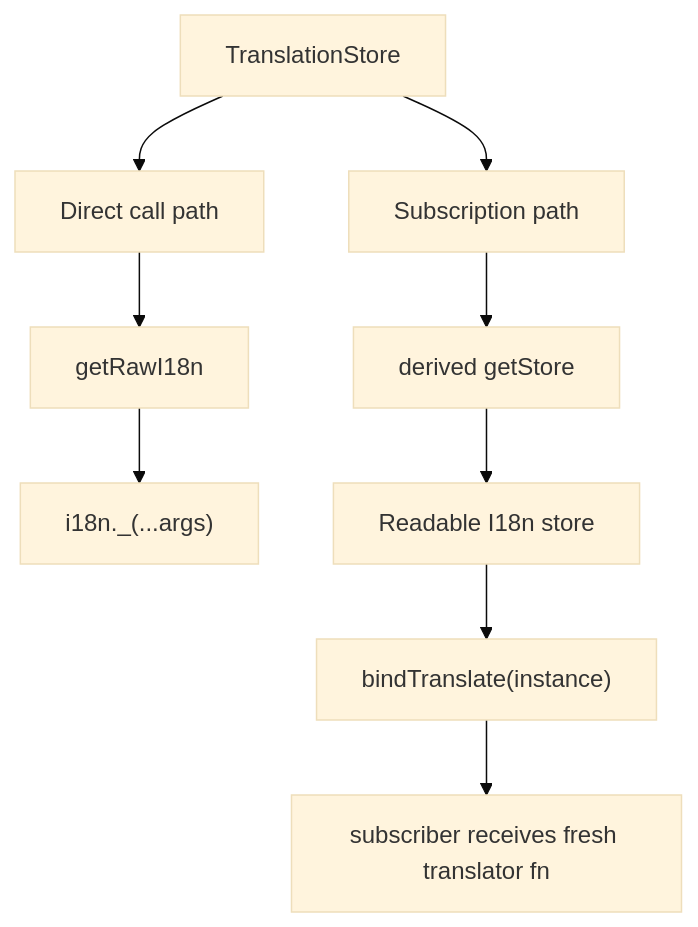
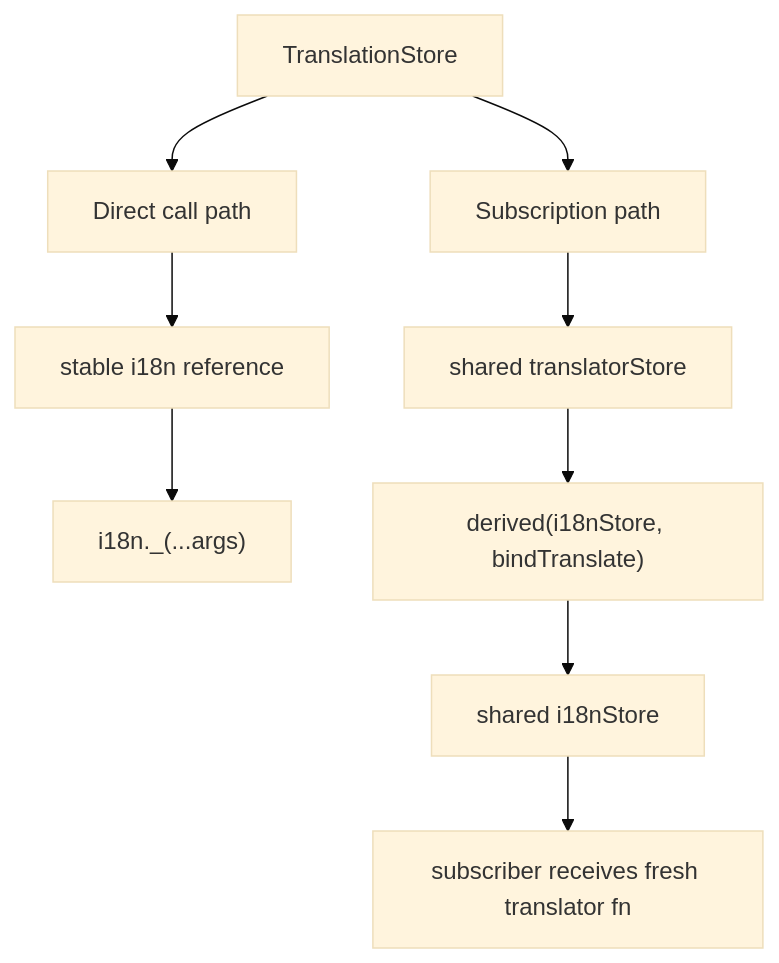
One commit to SegaraRai/lingui-for changed the second of 6 diagrams in packages/lingui-for-svelte/REACTIVITY.md. Above: the diagram before and after it, drawn with Mermaid (base theme). The commit also changed other lines of this file and 4 other files, not shown here.

````diff
--- a/packages/lingui-for-svelte/REACTIVITY.md
+++ b/packages/lingui-for-svelte/REACTIVITY.md
@@ -46,14 +51,14 @@
 ```mermaid
 flowchart TD
     A[TranslationStore]
     A --> B[Direct call path]
     A --> C[Subscription path]
 
-    B --> D[getRawI18n]
+    B --> D[stable i18n reference]
     D --> E["i18n._(...args)"]
 
-    C --> F[derived getStore]
-    F --> G[Readable I18n store]
-    G --> H["bindTranslate(instance)"]
+    C --> F[shared translatorStore]
+    F --> G["derived(i18nStore, bindTranslate)"]
+    G --> H[shared i18nStore]
     H --> I[subscriber receives fresh translator fn]
 ```
````
